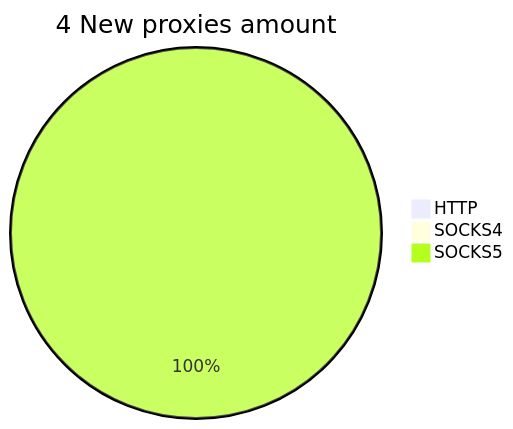
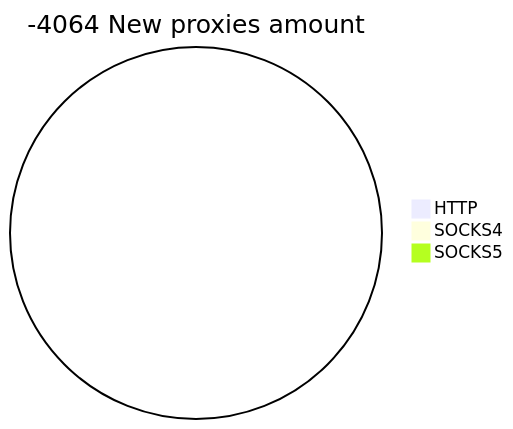
One commit to cutipu/proxylist changed the second of 2 diagrams in README.md. Above: the diagram before and after it, drawn with Mermaid. The commit also changed other lines of this file, not shown here.

````diff
--- a/README.md
+++ b/README.md
@@ -10,6 +10,6 @@
 ```mermaid
-pie title 4 New proxies amount
+pie title -4064 New proxies amount
     "HTTP" : 0
     "SOCKS4" : 0
-    "SOCKS5" : 4
+    "SOCKS5" : 0
 ```
````
